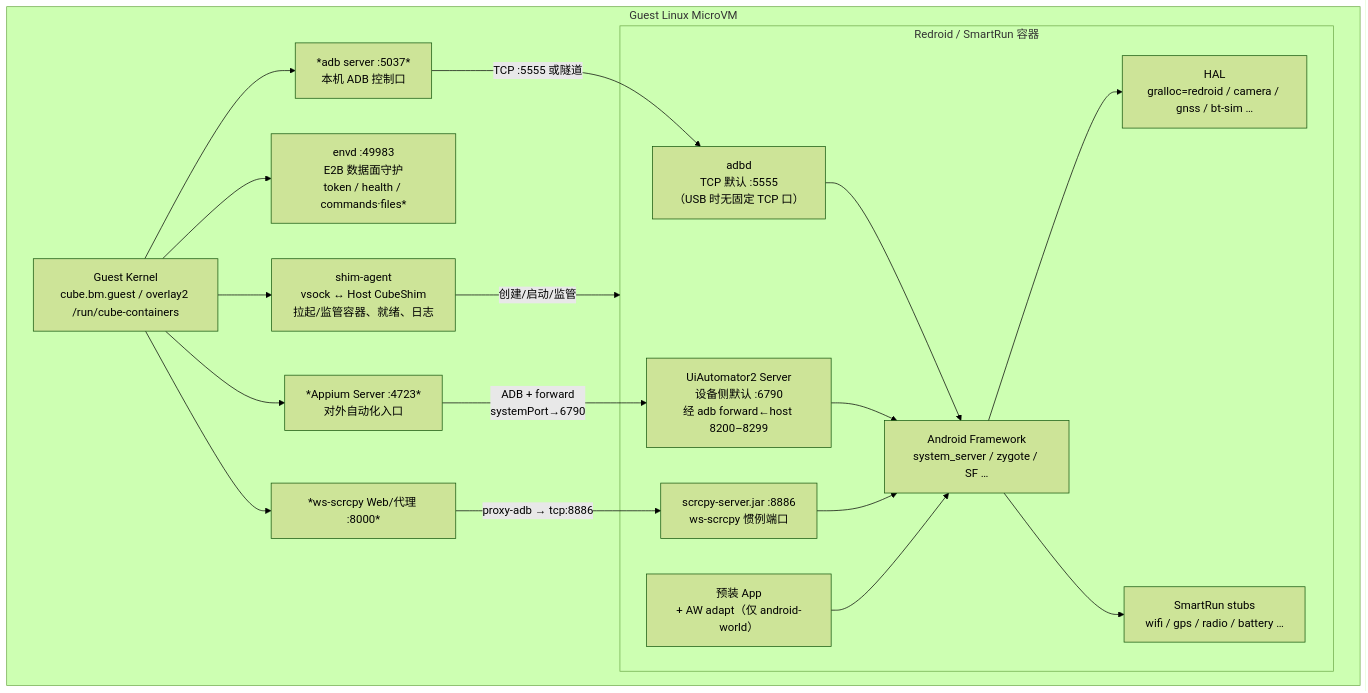
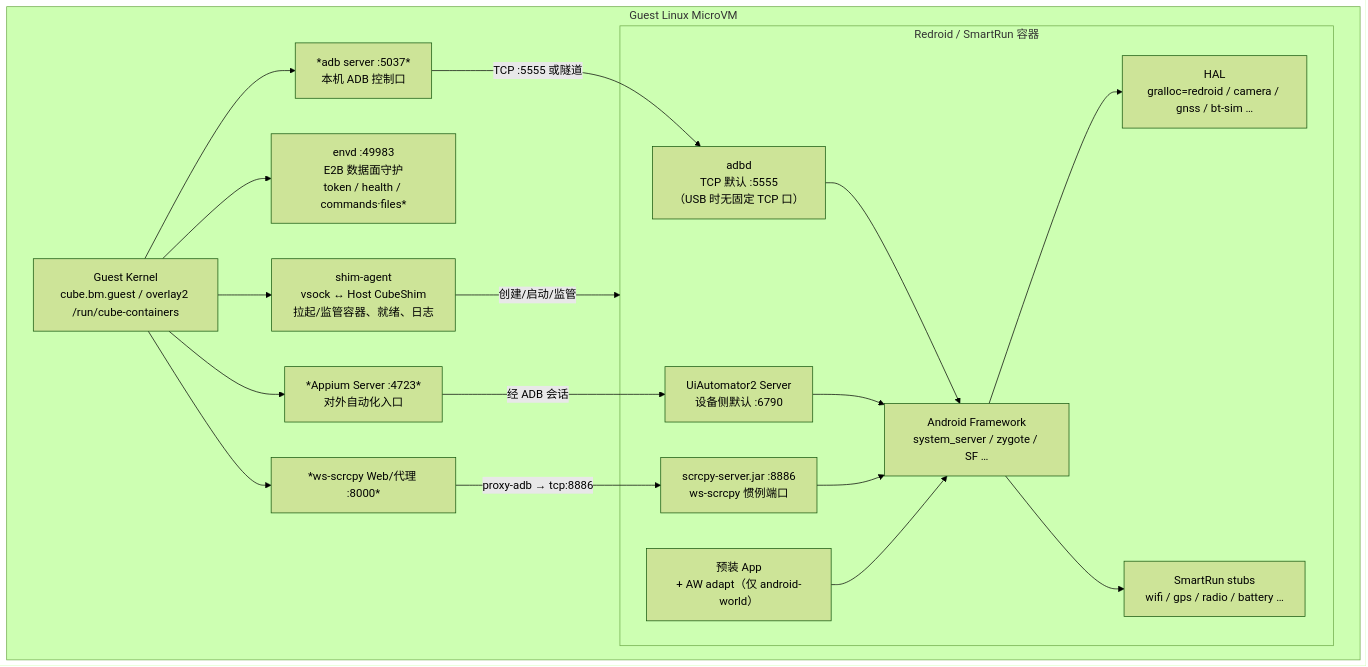
Before and after one commit to LOLHenry/android-cuttlefish: the first of 6 diagrams in docs/architecture/ags-mobile-cube-runtime.md, drawn with Mermaid (forest theme). The commit also changed other lines of this file, not shown here.

First line of the commit message:
docs: drop systemPort range; clarify Redroid component provenance

````diff
--- a/docs/architecture/ags-mobile-cube-runtime.md
+++ b/docs/architecture/ags-mobile-cube-runtime.md
@@ -17,40 +17,40 @@
 ```mermaid
 flowchart TB
   subgraph Guest["Guest Linux MicroVM"]
     Kernel["Guest Kernel<br/>cube.bm.guest / overlay2 /run/cube-containers"]
 
     ShimAgent["shim-agent<br/>vsock ↔ Host CubeShim<br/>拉起/监管容器、就绪、日志"]
     Envd["envd :49983<br/>E2B 数据面守护<br/>token / health / commands·files*"]
     AdbSrv["*adb server :5037*<br/>本机 ADB 控制口"]
     Appium["*Appium Server :4723*<br/>对外自动化入口"]
     ScrcpyWeb["*ws-scrcpy Web/代理 :8000*"]
 
     subgraph Redroid["Redroid / SmartRun 容器"]
       ADBD["adbd<br/>TCP 默认 :5555<br/>（USB 时无固定 TCP 口）"]
-      UIA2["UiAutomator2 Server<br/>设备侧默认 :6790<br/>经 adb forward←host 8200–8299"]
+      UIA2["UiAutomator2 Server<br/>设备侧默认 :6790"]
       ScrcpySrv["scrcpy-server.jar :8886<br/>ws-scrcpy 惯例端口"]
       FW["Android Framework<br/>system_server / zygote / SF …"]
       HAL["HAL<br/>gralloc=redroid / camera / gnss / bt-sim …"]
       Stubs["SmartRun stubs<br/>wifi / gps / radio / battery …"]
       Apps["预装 App<br/>+ AW adapt（仅 android-world）"]
     end
 
     Kernel --> ShimAgent
     Kernel --> Envd
     Kernel --> AdbSrv
     Kernel --> Appium
     Kernel --> ScrcpyWeb
     ShimAgent -->|"创建/启动/监管"| Redroid
 
-    Appium -->|"ADB + forward<br/>systemPort→6790"| UIA2
+    Appium -->|"经 ADB 会话"| UIA2
     ScrcpyWeb -->|"proxy-adb → tcp:8886"| ScrcpySrv
     AdbSrv -->|"TCP :5555 或隧道"| ADBD
 
     ADBD --> FW
     UIA2 --> FW
     ScrcpySrv --> FW
     FW --> HAL
     FW --> Stubs
     Apps --> FW
   end
 ```
````
